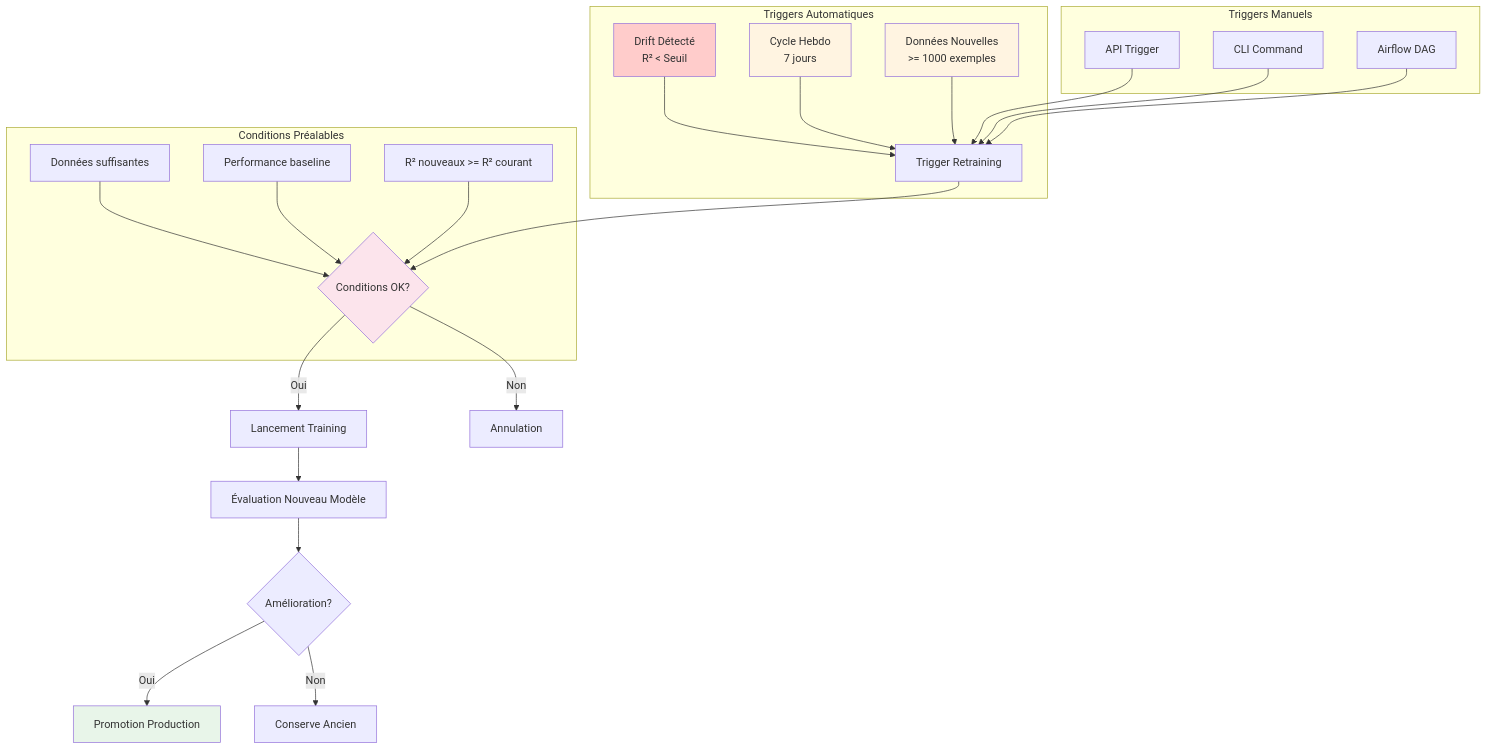
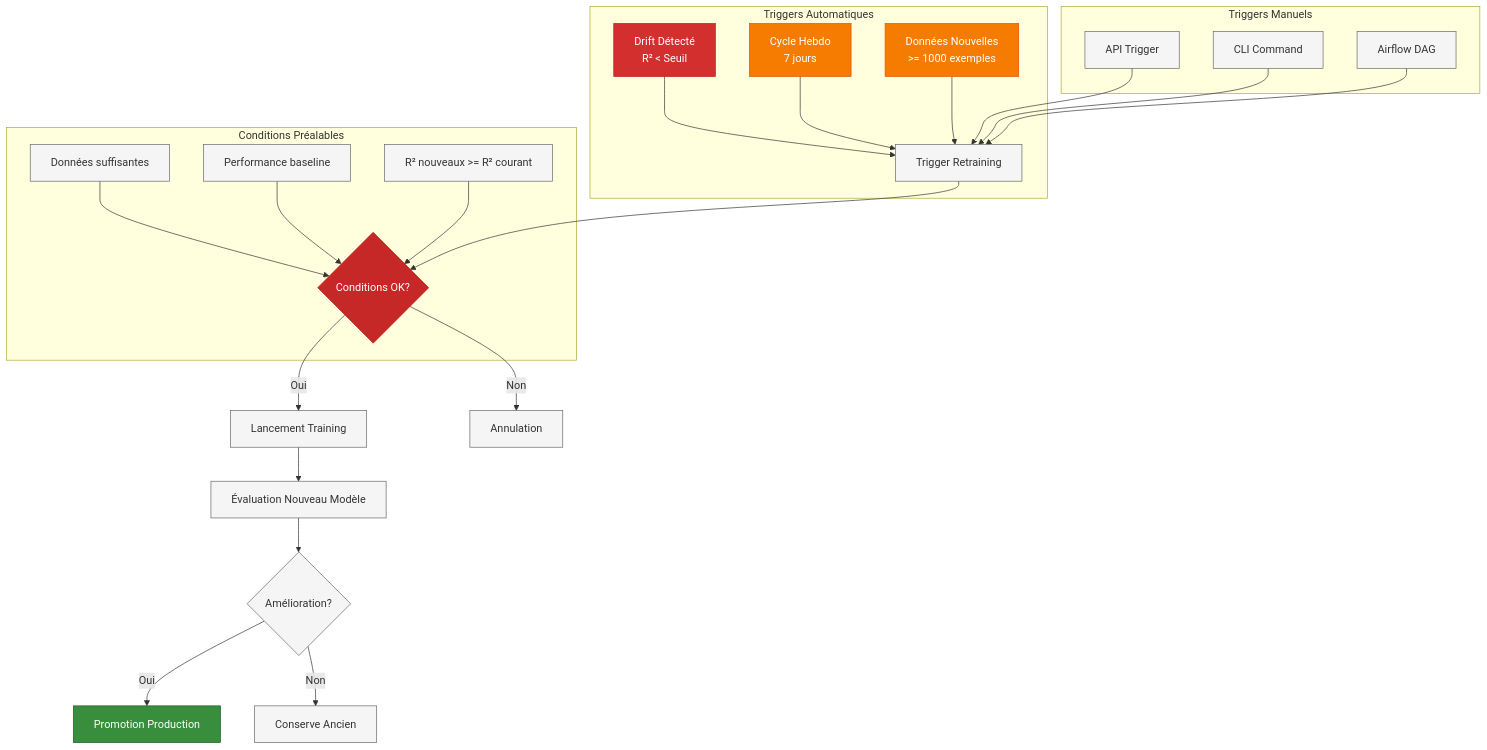
Diagram 15 of 21 in docs/ARCHITECTURE_MLOPS.md (jinsudai/jinsudai), drawn with Mermaid before and after one commit. The commit also changed other lines of this file and 9 other files, not shown here.

````diff
--- a/docs/ARCHITECTURE_MLOPS.md
+++ b/docs/ARCHITECTURE_MLOPS.md
@@ -519,35 +592,40 @@
 ```mermaid
 flowchart TD
+    classDef critical fill:#D32F2F,stroke:#B71C1C,color:#fff
+    classDef automatic fill:#F57C00,stroke:#E65100,color:#fff
+    classDef decision fill:#C62828,stroke:#B71C1C,color:#fff
+    classDef success fill:#388E3C,stroke:#1B5E20,color:#fff
+    classDef default fill:#f5f5f5,stroke:#666,color:#333
+
     subgraph "Triggers Automatiques"
         A1[Drift Détecté<br/>R² < Seuil] --> D[Trigger Retraining]
         A2[Cycle Hebdo<br/>7 jours] --> D
         A3[Données Nouvelles<br/>>= 1000 exemples] --> D
     end
-    
+
     subgraph "Triggers Manuels"
         B1[API Trigger] --> D
         B2[CLI Command] --> D
         B3[Airflow DAG] --> D
     end
-    
+
     subgraph "Conditions Préalables"
         C1[Données suffisantes] --> E{Conditions OK?}
         C2[Performance baseline] --> E
         C3[R² nouveaux >= R² courant] --> E
     end
-    
+
     D --> E
     E -->|Oui| F[Lancement Training]
     E -->|Non| G[Annulation]
-    
+
     F --> H[Évaluation Nouveau Modèle]
     H --> I{Amélioration?}
     I -->|Oui| J[Promotion Production]
     I -->|Non| K[Conserve Ancien]
-    
-    style A1 fill:#ffcccb
-    style A2 fill:#fff4e1
-    style A3 fill:#fff4e1
-    style E fill:#fce4ec
-    style J fill:#e8f5e9
+
+    class A1 critical
+    class A2,A3 automatic
+    class E decision
+    class J success
 ```
````
